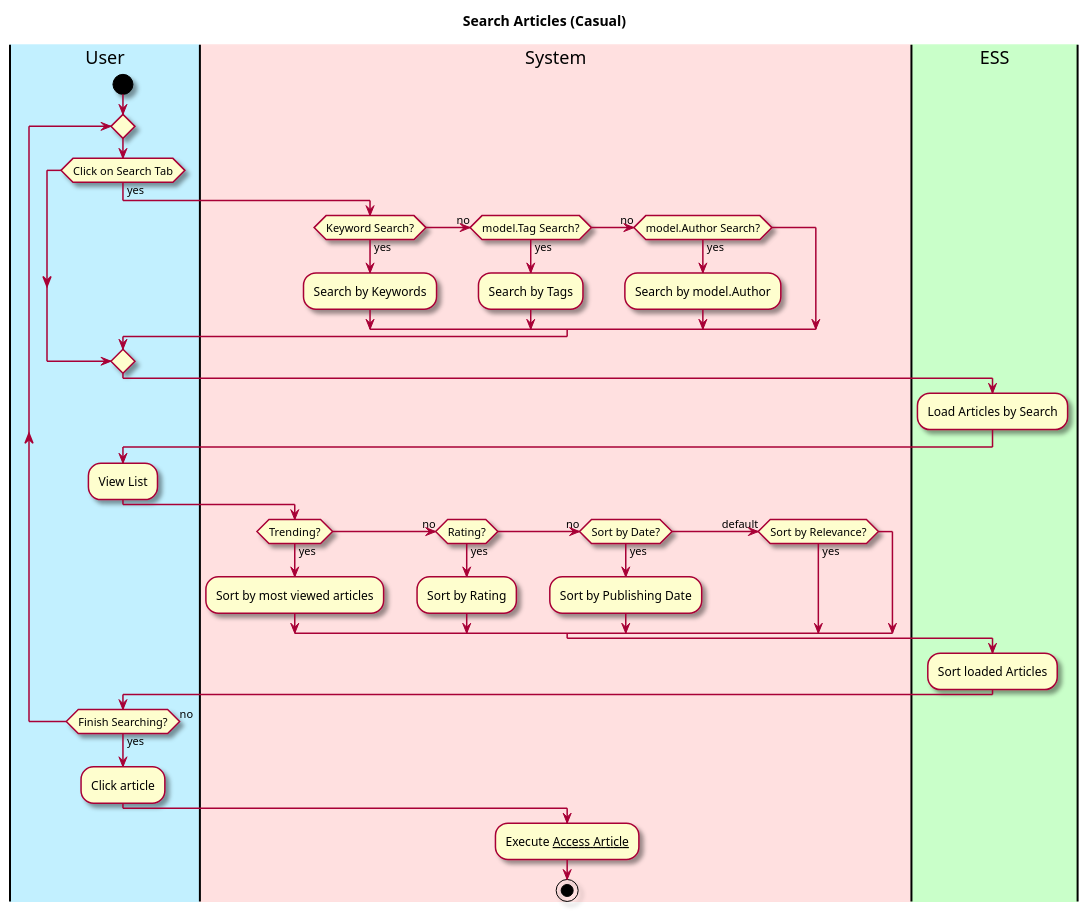
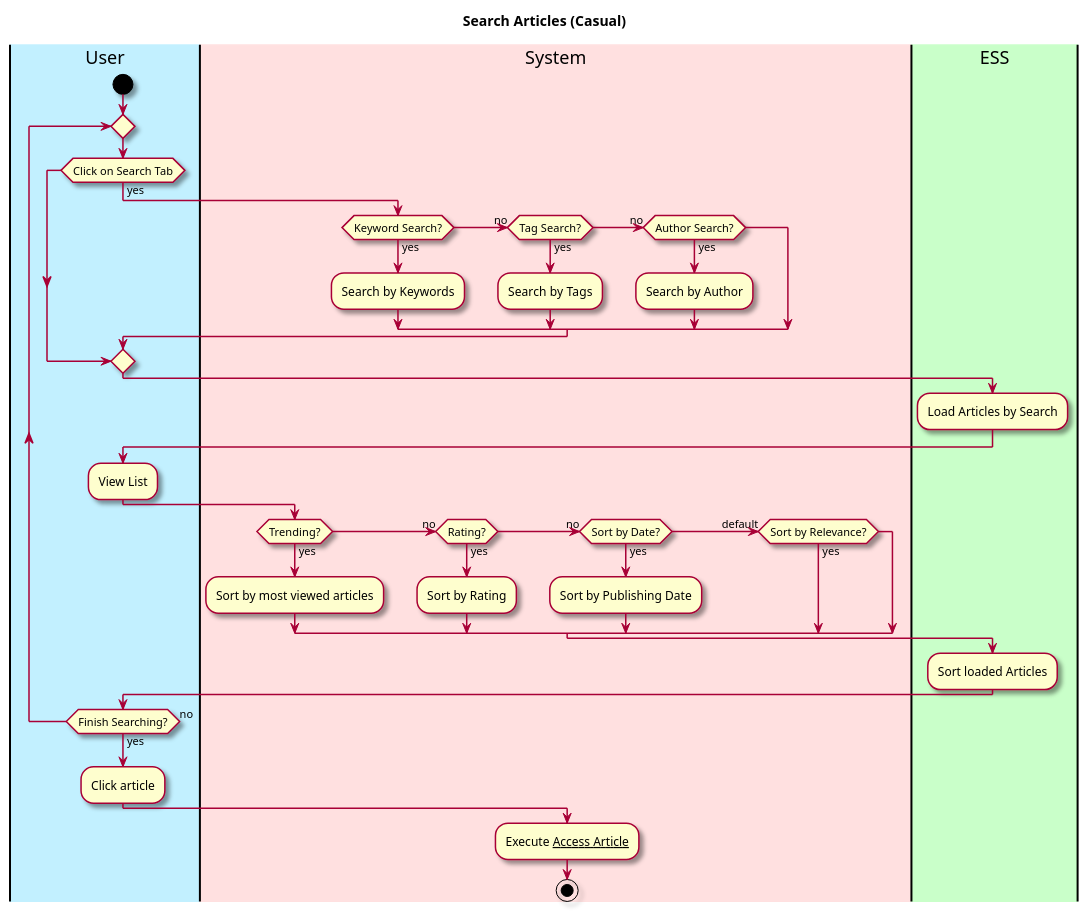
One commit to owhitleym-ui/EcoScoop changed the first of 6 diagrams in intellij/doc/use-cases/search-article.md. Above: the diagram before and after it, drawn with PlantUML. The commit also changed other lines of this file and 8 other files, not shown here.

Commit message:
Updated Sequence Diagrams

````diff
--- a/intellij/doc/use-cases/search-article.md
+++ b/intellij/doc/use-cases/search-article.md
@@ -20,53 +20,53 @@
 ```plantuml
 @startuml
 skin rose
 
 title Search Articles (Casual)
 
 'define the lanes
 |#application|User|
 |#implementation|System|
 |#technology|ESS|
 
 |User|
 start
 repeat 
 if (Click on Search Tab) then (yes)
 |System|
     if (Keyword Search?) then (yes)
     :Search by Keywords;
-    (no) elseif (model.Tag Search?) then (yes)
+    (no) elseif (Tag Search?) then (yes)
     :Search by Tags;
-    (no) elseif (model.Author Search?) then (yes)
-    :Search by model.Author;
+    (no) elseif (Author Search?) then (yes)
+    :Search by Author;
     endif
 
 endif
 |ESS|
 :Load Articles by Search;
 |User|
 :View List;
 |System|
     
     if (Trending?) then (yes)
     :Sort by most viewed articles;
     (no) elseif (Rating?) then (yes)
     :Sort by Rating;
     (no) elseif (Sort by Date?) then (yes)
     :Sort by Publishing Date;
     (default) elseif (Sort by Relevance?) then (yes)
     endif
 
 |ESS|
 :Sort loaded Articles;
 
 |User|
 
 repeat while (Finish Searching?) is (no) not (yes)
 :Click article;
 
 |System|
 :Execute __Access Article__;
 stop
 @enduml
 ```
````
